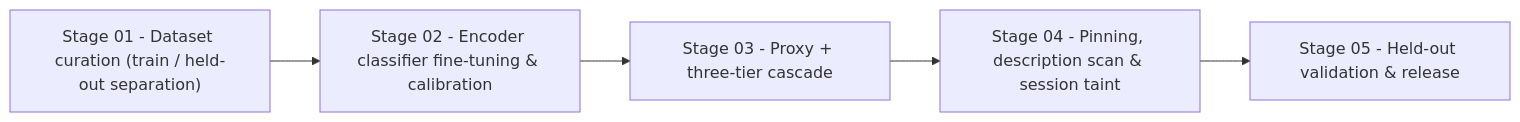
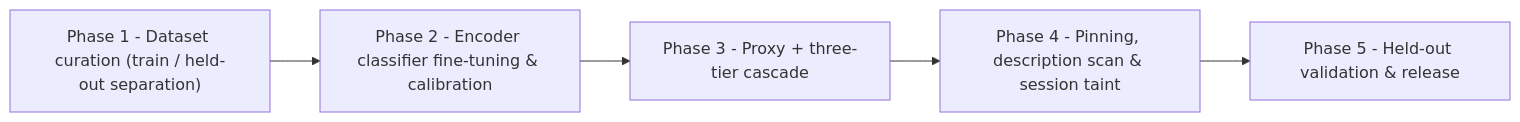
One commit to rishikeshvarma/MCP-Shield changed the tenth of 10 diagrams in MCP-Shield Complete Presentation Script & Project Blueprint.md. Above: the diagram before and after it, drawn with Mermaid. The commit also changed other lines of this file and 8 other files, not shown here.

````diff
--- a/MCP-Shield Complete Presentation Script & Project Blueprint.md
+++ b/MCP-Shield Complete Presentation Script & Project Blueprint.md
@@ -403,7 +410,7 @@
 ```mermaid
 graph LR
-    P1["Stage 01 - Dataset curation (train / held-out separation)"] --> P2["Stage 02 - Encoder classifier fine-tuning & calibration"]
-    P2 --> P3["Stage 03 - Proxy + three-tier cascade"]
-    P3 --> P4["Stage 04 - Pinning, description scan & session taint"]
-    P4 --> P5["Stage 05 - Held-out validation & release"]
+    P1["Phase 1 - Dataset curation (train / held-out separation)"] --> P2["Phase 2 - Encoder classifier fine-tuning & calibration"]
+    P2 --> P3["Phase 3 - Proxy + three-tier cascade"]
+    P3 --> P4["Phase 4 - Pinning, description scan & session taint"]
+    P4 --> P5["Phase 5 - Held-out validation & release"]
 ```
````
